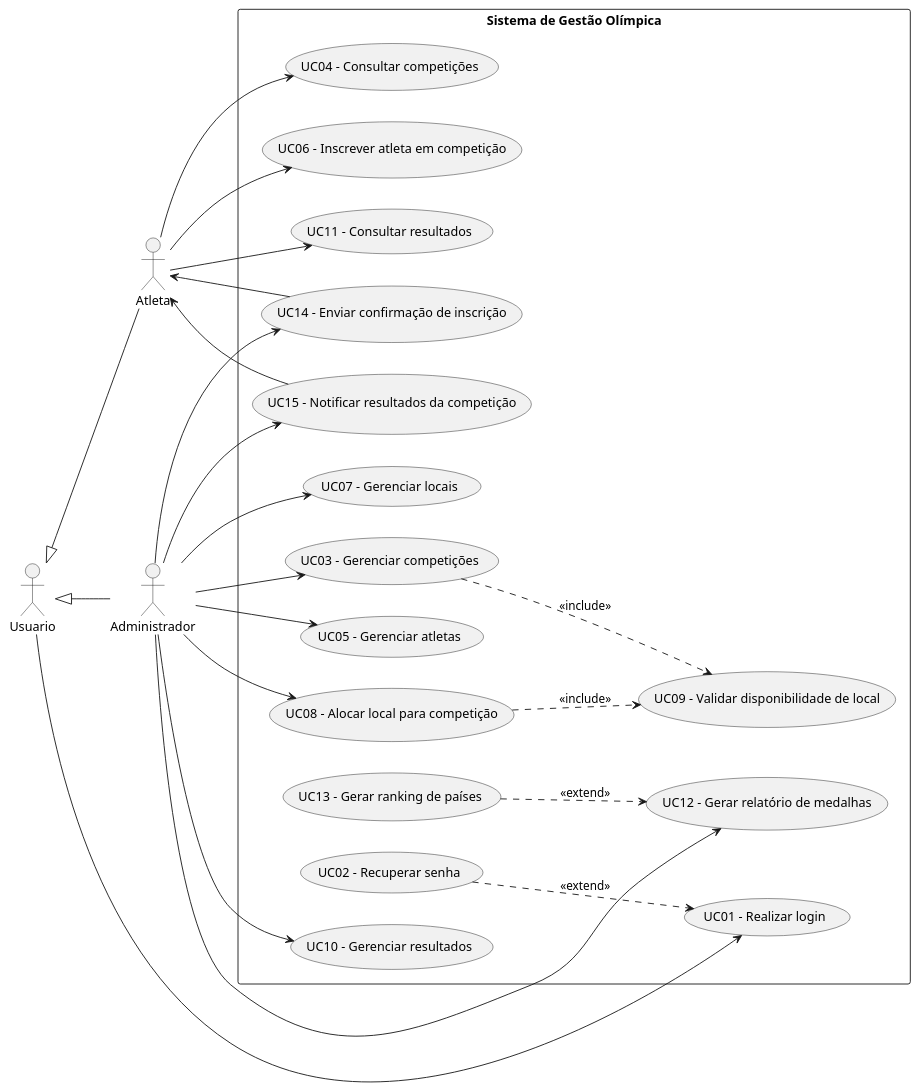
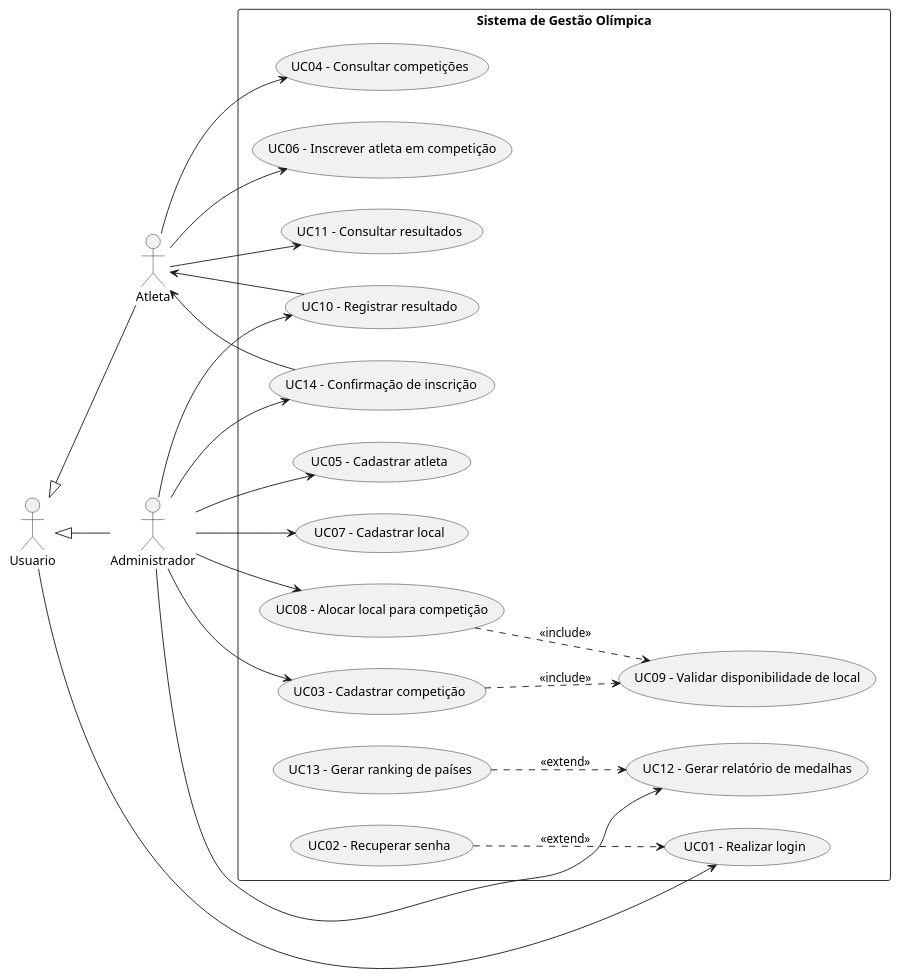
One commit to arturbomtempo-learning/olympic-system-modeling changed the diagram in codes/use-case-diagram.puml. Above: the diagram before and after it, drawn with PlantUML.

Commit message:
feat: update use case diagram with corrected use case names and relationships

```diff
--- a/codes/use-case-diagram.puml
+++ b/codes/use-case-diagram.puml
@@ -1,64 +1,63 @@
 @startuml
 left to right direction
 
 skinparam packageStyle rectangle
 
 actor Usuario
 actor Atleta
 actor Administrador as Admin
 
 Usuario <|-- Atleta
 Usuario <|-- Admin
 
 rectangle "Sistema de Gestão Olímpica" {
 
     usecase "UC01 - Realizar login" as UC_Login
     usecase "UC02 - Recuperar senha" as UC_ResetPassword
 
-    usecase "UC03 - Gerenciar competições" as UC_ManageCompetitions
+    usecase "UC03 - Cadastrar competição" as UC_CreateCompetition
     usecase "UC04 - Consultar competições" as UC_ViewCompetitions
 
-    usecase "UC05 - Gerenciar atletas" as UC_ManageAthletes
+    usecase "UC05 - Cadastrar atleta" as UC_CreateAthlete
     usecase "UC06 - Inscrever atleta em competição" as UC_RegisterAthlete
 
-    usecase "UC07 - Gerenciar locais" as UC_ManageVenues
+    usecase "UC07 - Cadastrar local" as UC_CreateVenue
     usecase "UC08 - Alocar local para competição" as UC_AllocateVenue
     usecase "UC09 - Validar disponibilidade de local" as UC_ValidateVenue
 
-    usecase "UC10 - Gerenciar resultados" as UC_ManageResults
+    usecase "UC10 - Registrar resultado" as UC_RecordResult
     usecase "UC11 - Consultar resultados" as UC_ViewResults
 
     usecase "UC12 - Gerar relatório de medalhas" as UC_MedalReport
     usecase "UC13 - Gerar ranking de países" as UC_CountryRanking
 
-    usecase "UC14 - Enviar confirmação de inscrição" as UC_RegistrationNotification
-    usecase "UC15 - Notificar resultados da competição" as UC_ResultNotification
+    usecase "UC14 - Confirmação de inscrição" as UC_RegistrationConfirmation
 }
 
 Usuario --> UC_Login
 
 Atleta --> UC_ViewCompetitions
 Atleta --> UC_RegisterAthlete
 Atleta --> UC_ViewResults
 
-Admin --> UC_ManageCompetitions
-Admin --> UC_ManageAthletes
-Admin --> UC_ManageVenues
+Admin --> UC_CreateCompetition
+Admin --> UC_CreateAthlete
+Admin --> UC_CreateVenue
 Admin --> UC_AllocateVenue
-Admin --> UC_ManageResults
+
+Admin --> UC_RecordResult
+UC_RecordResult --> Atleta
+
 Admin --> UC_MedalReport
 
-Admin --> UC_ResultNotification
-UC_ResultNotification --> Atleta
+Admin --> UC_RegistrationConfirmation
+UC_RegistrationConfirmation --> Atleta
 
-Admin --> UC_RegistrationNotification
-UC_RegistrationNotification --> Atleta
-
-UC_ManageCompetitions ..> UC_ValidateVenue : <<include>>
+UC_CreateCompetition ..> UC_ValidateVenue : <<include>>
 UC_AllocateVenue ..> UC_ValidateVenue : <<include>>
 
 UC_ResetPassword ..> UC_Login : <<extend>>
 
 UC_CountryRanking ..> UC_MedalReport : <<extend>>
 
 @enduml
```
